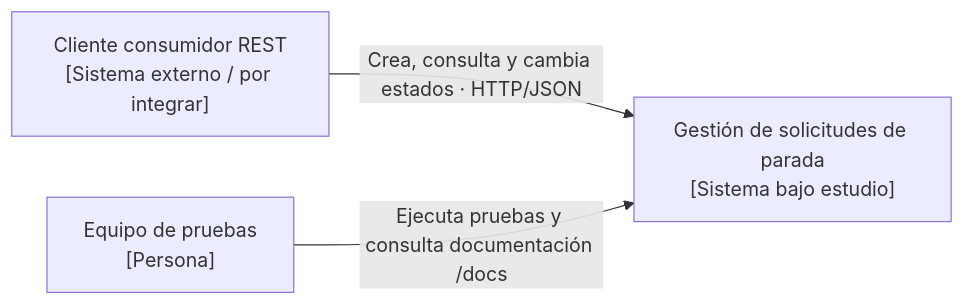
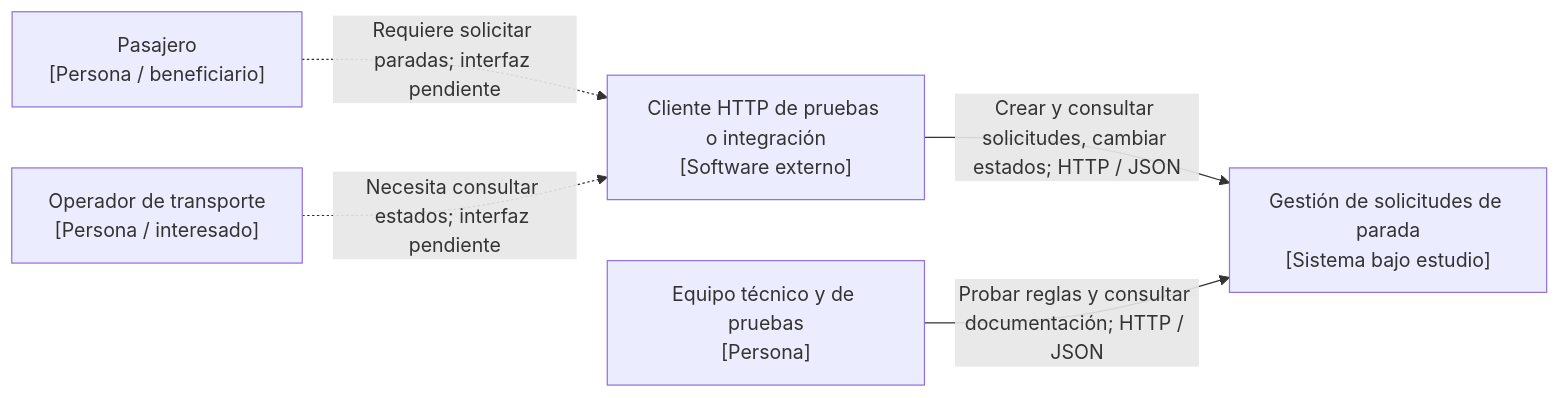
One commit to KleverLema/Paradas-inteligentes-M8 changed the diagram in docs/02-vistas-c4/c4-nivel1.md. Above: the diagram before and after it, drawn with Mermaid. The commit also changed other lines of this file and 11 other files, not shown here.

````diff
--- a/docs/02-vistas-c4/c4-nivel1.md
+++ b/docs/02-vistas-c4/c4-nivel1.md
@@ -17,9 +19,13 @@
 ```mermaid
 flowchart LR
-    consumidor["Cliente consumidor REST<br/>[Sistema externo / por integrar]"]
-    qa["Equipo de pruebas<br/>[Persona]"]
+    pasajero["Pasajero<br/>[Persona / beneficiario]"]
+    operador["Operador de transporte<br/>[Persona / interesado]"]
+    cliente["Cliente HTTP de pruebas o integración<br/>[Software externo]"]
+    equipo["Equipo técnico y de pruebas<br/>[Persona]"]
     sistema["Gestión de solicitudes de parada<br/>[Sistema bajo estudio]"]
 
-    consumidor -->|"Crea, consulta y cambia estados · HTTP/JSON"| sistema
-    qa -->|"Ejecuta pruebas y consulta documentación /docs"| sistema
+    pasajero -.->|"Requiere solicitar paradas; interfaz pendiente"| cliente
+    operador -.->|"Necesita consultar estados; interfaz pendiente"| cliente
+    cliente -->|"Crear y consultar solicitudes, cambiar estados; HTTP / JSON"| sistema
+    equipo -->|"Probar reglas y consultar documentación; HTTP / JSON"| sistema
 ```
````
